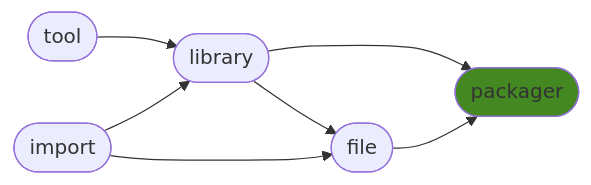
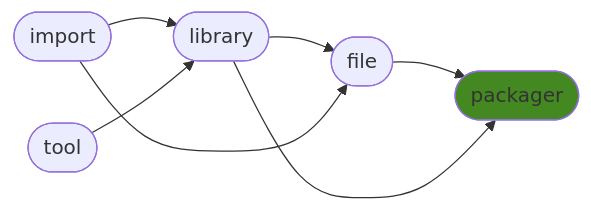
Before and after one commit to ManderaGeneral/generalpackager: the diagram in README.md, drawn with Mermaid. The commit also changed other lines of this file and 3 other files, not shown here.

````diff
--- a/README.md
+++ b/README.md
@@ -24,15 +24,15 @@
 ```mermaid
 flowchart LR
+3([file]) --> 4([packager])
+0([import]) --> 2([library])
 1([tool]) --> 2([library])
 2([library]) --> 3([file])
+2([library]) --> 4([packager])
 0([import]) --> 3([file])
-2([library]) --> 4([packager])
-3([file]) --> 4([packager])
-0([import]) --> 2([library])
 click 0 "https://github.com/ManderaGeneral/generalimport"
 click 1 "https://github.com/ManderaGeneral/generaltool"
 click 2 "https://github.com/ManderaGeneral/generallibrary"
 click 3 "https://github.com/ManderaGeneral/generalfile"
 click 4 "https://github.com/ManderaGeneral/generalpackager"
 style 4 fill:#482
 ```
````
